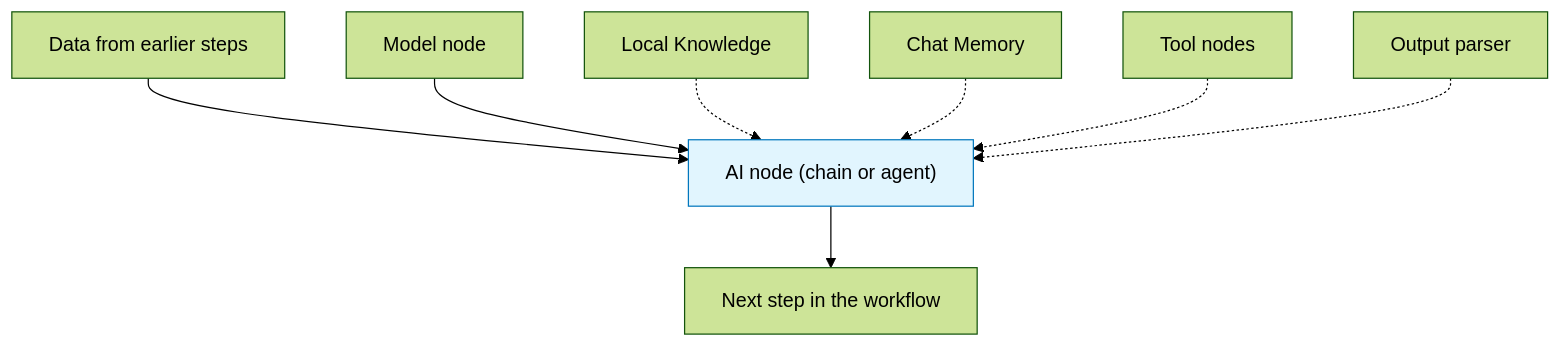
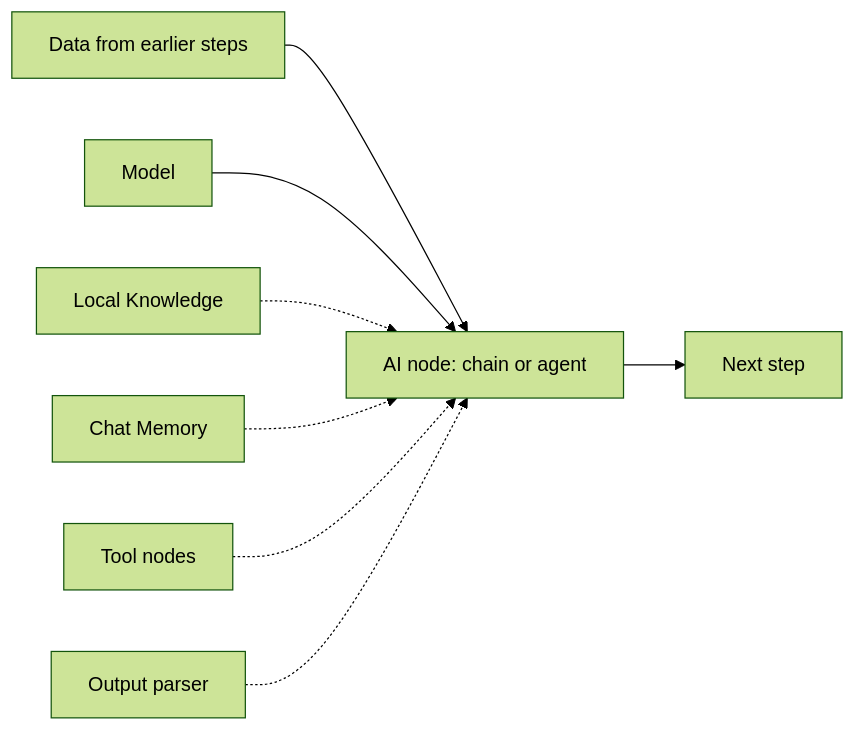
One commit to agentic-com/Agentic-Flow-Doc changed the first of 2 diagrams in src/content/docs/concepts/ai/index.mdx. Above: the diagram before and after it, drawn with Mermaid (forest theme). The commit also changed other lines of this file and 36 other files, not shown here.

````diff
--- a/src/content/docs/concepts/ai/index.mdx
+++ b/src/content/docs/concepts/ai/index.mdx
@@ -16,12 +59,13 @@
 ```mermaid
-flowchart TB
-  Data["Data from earlier steps"] --> Node["AI node (chain or agent)"]
-  Model["Model node"] --> Node
-  Knowledge["Local Knowledge"] -.-> Node
-  Memory["Chat Memory"] -.-> Node
-  Tools["Tool nodes"] -.-> Node
-  Parser["Output parser"] -.-> Node
-  Node --> Next["Next step in the workflow"]
-
-  style Node fill:#e1f5fe,stroke:#0277bd
+flowchart LR
+  Data[Data from earlier steps] --> Node[AI node: chain or agent]
+  Model[Model] --> Node
+  Knowledge[Local Knowledge] -.-> Node
+  Memory[Chat Memory] -.-> Node
+  Tools[Tool nodes] -.-> Node
+  Parser[Output parser] -.-> Node
+  Node --> Next[Next step]
+  class Node,Model awf-ai
+  class Knowledge,Memory,Parser awf-data
+  class Tools awf-io
 ```
````
